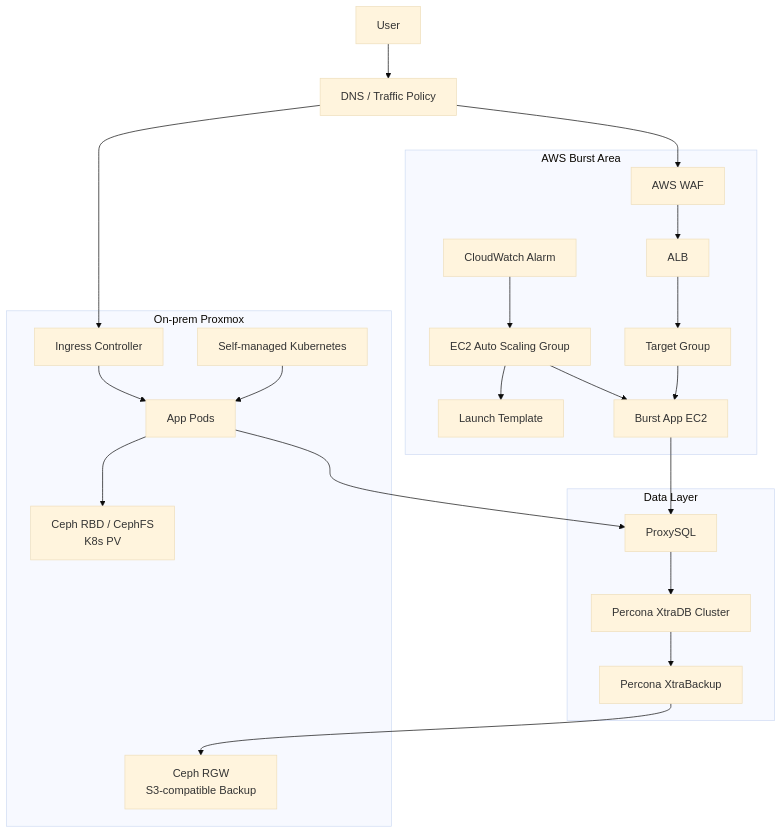
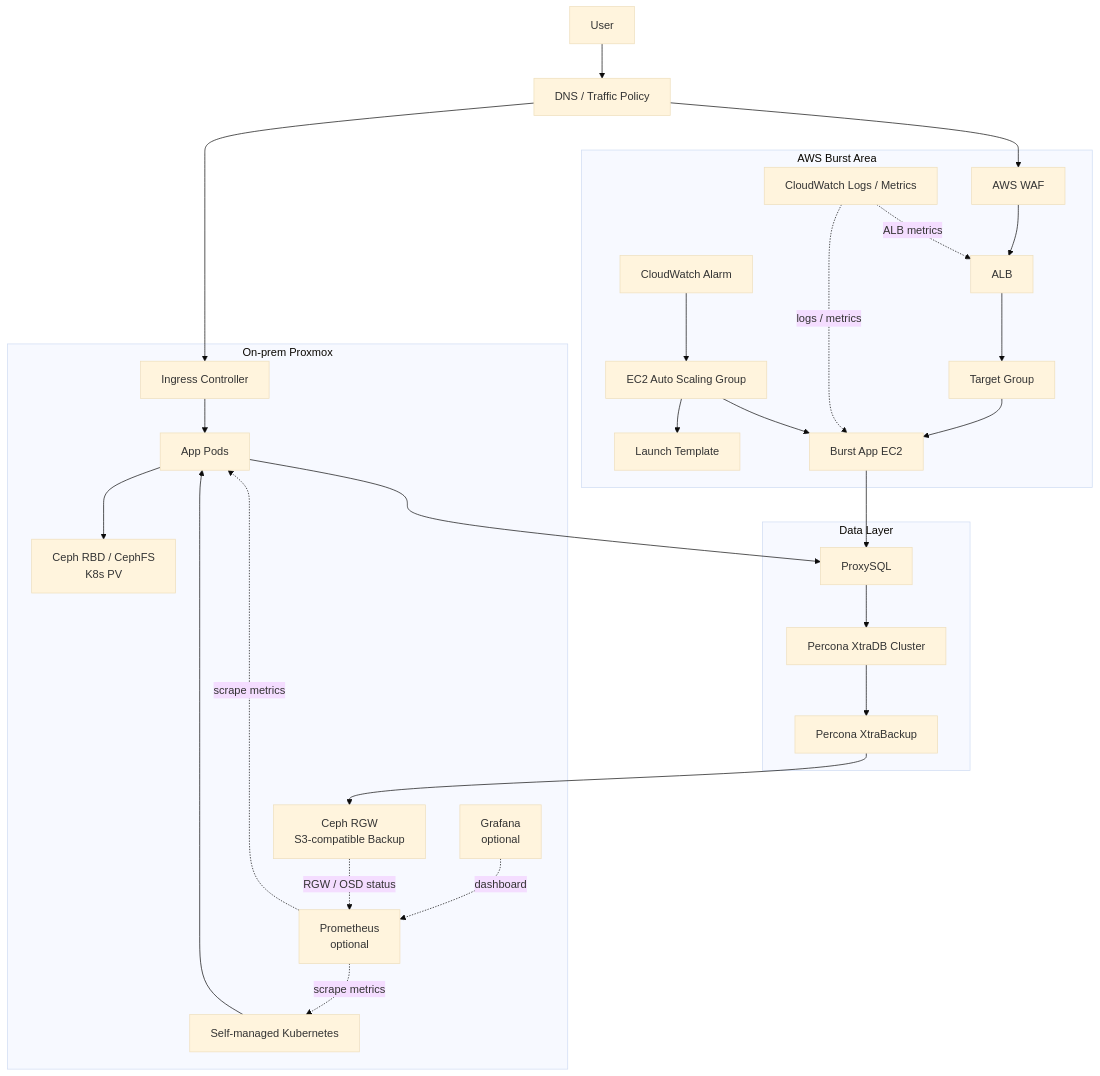
The first of 7 diagrams in docs/01_architecture.md (KosaCloudTeam2/infra-platform), drawn with Mermaid (base theme) before and after one commit. The commit also changed other lines of this file and 35 other files, not shown here.

````diff
--- a/docs/01_architecture.md
+++ b/docs/01_architecture.md
@@ -55,45 +55,54 @@
 ```mermaid
 flowchart TD
     User["User"] --> Traffic["DNS / Traffic Policy"]
 
     subgraph OnPrem["On-prem Proxmox"]
         K8s["Self-managed Kubernetes"]
         AppPod["App Pods"]
         Ingress["Ingress Controller"]
+        Prom["Prometheus<br/>optional"]
+        Grafana["Grafana<br/>optional"]
         CephRBD["Ceph RBD / CephFS<br/>K8s PV"]
         CephRGW["Ceph RGW<br/>S3-compatible Backup"]
         K8s --> AppPod
         Ingress --> AppPod
         AppPod --> CephRBD
+        Prom -. "scrape metrics" .-> K8s
+        Prom -. "scrape metrics" .-> AppPod
+        Grafana -. "dashboard" .-> Prom
     end
 
     subgraph AWS["AWS Burst Area"]
         WAF["AWS WAF"]
         ALB["ALB"]
         TG["Target Group"]
         ASG["EC2 Auto Scaling Group"]
         LT["Launch Template"]
         BurstEC2["Burst App EC2"]
         CW["CloudWatch Alarm"]
+        CWLogs["CloudWatch Logs / Metrics"]
         WAF --> ALB
         ALB --> TG
         TG --> BurstEC2
         CW --> ASG
+        CWLogs -. "logs / metrics" .-> BurstEC2
+        CWLogs -. "ALB metrics" .-> ALB
         ASG --> LT
         ASG --> BurstEC2
     end
 
     subgraph Data["Data Layer"]
         ProxySQL["ProxySQL"]
         PXC["Percona XtraDB Cluster"]
         Backup["Percona XtraBackup"]
         ProxySQL --> PXC
         PXC --> Backup
         Backup --> CephRGW
     end
 
     Traffic --> Ingress
     Traffic --> WAF
     AppPod --> ProxySQL
     BurstEC2 --> ProxySQL
+    CephRGW -. "RGW / OSD status" .-> Prom
 ```
````
